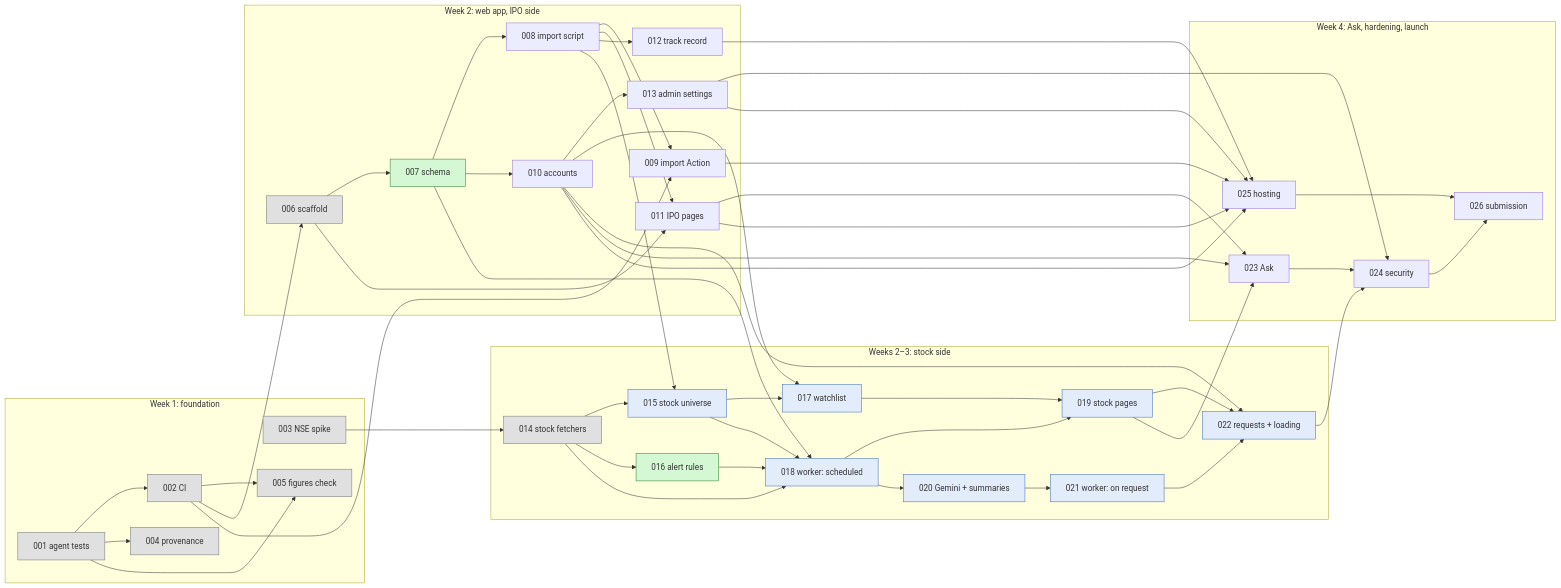
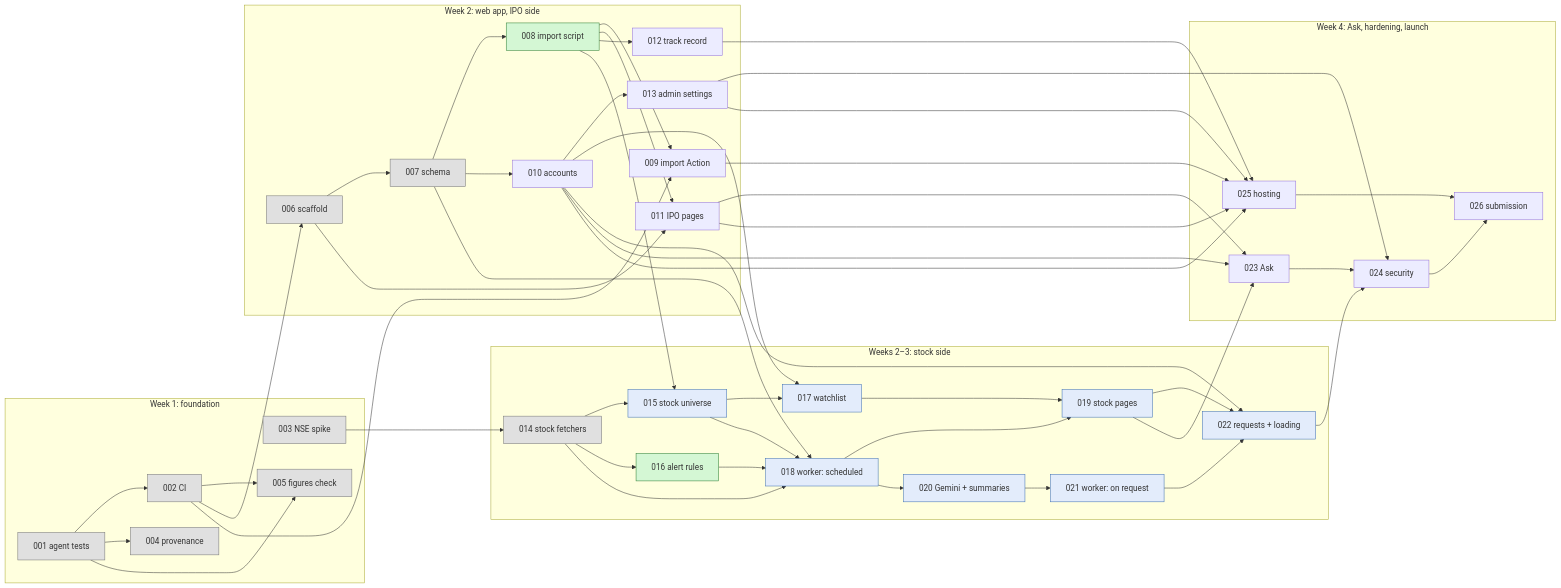
The diagram in docs/tasks/ROADMAP.md (badjatya/IPO), drawn with Mermaid before and after one commit. The commit also changed other lines of this file and 2 other files, not shown here.

Commit message:
Roadmap: 007 done, 008 Ready; D08 notes the unseeded cap; journal entry for 007

````diff
--- a/docs/tasks/ROADMAP.md
+++ b/docs/tasks/ROADMAP.md
@@ -83,61 +83,61 @@
 ```mermaid
 flowchart LR
     classDef ready fill:#d4f7d4,stroke:#2e7d32
     classDef m2 fill:#e3ecfb,stroke:#3b6db3
     classDef done fill:#e0e0e0,stroke:#757575
 
     subgraph wk1 ["Week 1: foundation"]
         T001[001 agent tests]:::done
         T002[002 CI]:::done
         T003[003 NSE spike]:::done
         T004[004 provenance]:::done
         T005[005 figures check]:::done
     end
     subgraph wk2 ["Week 2: web app, IPO side"]
         T006[006 scaffold]:::done
-        T007[007 schema]:::ready
-        T008[008 import script]
+        T007[007 schema]:::done
+        T008[008 import script]:::ready
         T009[009 import Action]
         T010[010 accounts]
         T011[011 IPO pages]
         T012[012 track record]
         T013[013 admin settings]
     end
     subgraph stocks ["Weeks 2–3: stock side"]
         T014[014 stock fetchers]:::done
         T015[015 stock universe]:::m2
         T016[016 alert rules]:::ready
         T017[017 watchlist]:::m2
         T018[018 worker: scheduled]:::m2
         T019[019 stock pages]:::m2
         T020[020 Gemini + summaries]:::m2
         T021[021 worker: on request]:::m2
         T022[022 requests + loading]:::m2
     end
     subgraph wk4 ["Week 4: Ask, hardening, launch"]
         T023[023 Ask]
         T024[024 security]
         T025[025 hosting]
         T026[026 submission]
     end
 
     T001 --> T002 & T004 & T005
     T002 --> T005 & T006 & T009
     T006 --> T007 & T011
     T007 --> T008 & T010 & T018
     T008 --> T009 & T011 & T012 & T015
     T010 --> T013 & T017 & T022 & T023
     T003 --> T014
     T014 --> T015 & T016 & T018
     T015 --> T017 & T018
     T016 --> T018
     T017 --> T019
     T018 --> T019 & T020
     T020 --> T021
     T019 --> T022 & T023
     T021 --> T022
     T011 --> T023
     T013 & T022 & T023 --> T024
     T009 & T010 & T011 & T012 & T013 --> T025
     T024 & T025 --> T026
 ```
````
